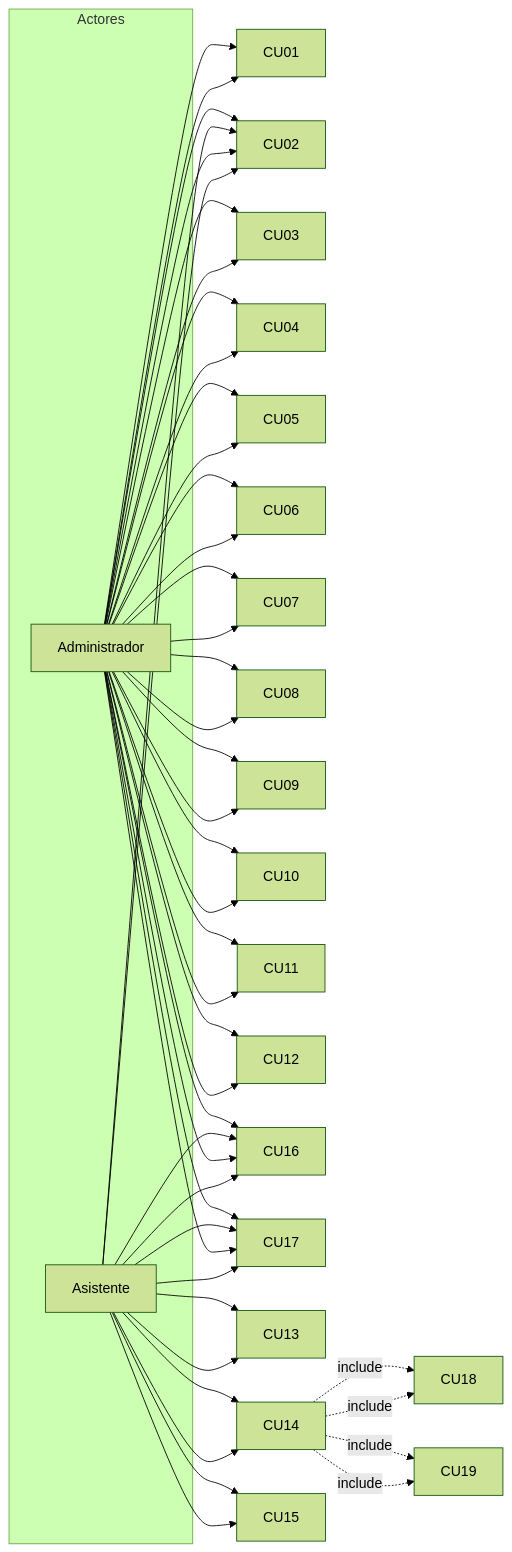
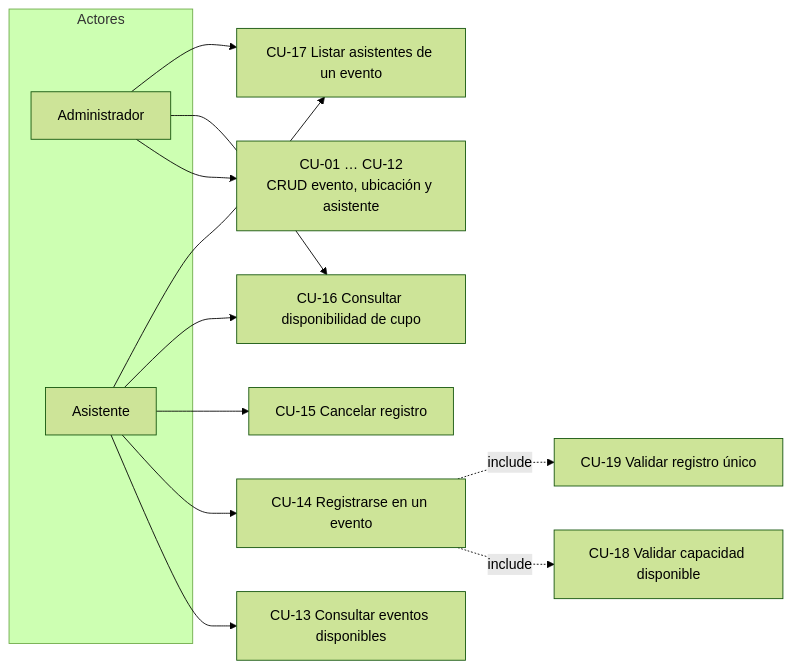
One commit to pc15016-Ronnie/POO-Proyecto-Final-Grupo-6 changed the third of 3 diagrams in README.md. Above: the diagram before and after it, drawn with Mermaid (forest theme). The commit also changed other lines of this file and 2 other files, not shown here.

````diff
--- a/README.md
+++ b/README.md
@@ -279,57 +311,19 @@
 ```mermaid
 flowchart LR
     subgraph Actores
       Admin["Administrador"]
       User["Asistente"]
     end
 
-  Admin --> CU01
-  Admin --> CU02
-  Admin --> CU03
-  Admin --> CU04
-  Admin --> CU05
-  Admin --> CU06
-  Admin --> CU07
-  Admin --> CU08
-  Admin --> CU09
-  Admin --> CU10
-  Admin --> CU11
-  Admin --> CU12
-  Admin --> CU16
-  Admin --> CU17
+    Admin --> CU01["CU-01 … CU-12<br/>CRUD evento, ubicación y asistente"]
+    User --> CU13["CU-13 Consultar eventos disponibles"]
+    User --> CU14["CU-14 Registrarse en un evento"]
+    User --> CU15["CU-15 Cancelar registro"]
+    Admin --> CU16["CU-16 Consultar disponibilidad de cupo"]
+    User --> CU16
+    Admin --> CU17["CU-17 Listar asistentes de un evento"]
+    User --> CU17
 
-  User --> CU02
-  User --> CU13
-  User --> CU14
-  User --> CU15
-  User --> CU16
-  User --> CU17
-
-  CU14 -.->|include| CU18
-  CU14 -.->|include| CU19
-
-Admin --> CU01
-Admin --> CU02
-Admin --> CU03
-Admin --> CU04
-Admin --> CU05
-Admin --> CU06
-Admin --> CU07
-Admin --> CU08
-Admin --> CU09
-Admin --> CU10
-Admin --> CU11
-Admin --> CU12
-Admin --> CU16
-Admin --> CU17
-
-User --> CU02
-User --> CU13
-User --> CU14
-User --> CU15
-User --> CU16
-User --> CU17
-
-CU14 -.->|include| CU18
-CU14 -.->|include| CU19
+    CU14 -.->|include| CU18["CU-18 Validar capacidad disponible"]
+    CU14 -.->|include| CU19["CU-19 Validar registro único"]
 ```
````
